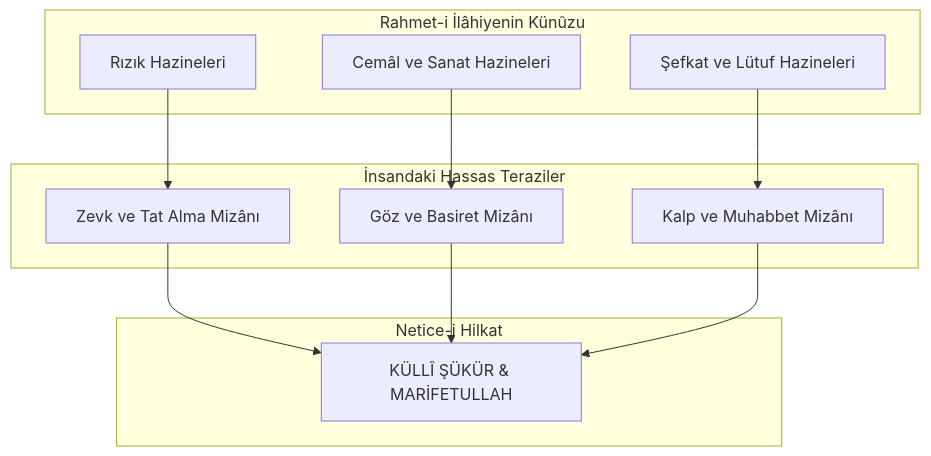
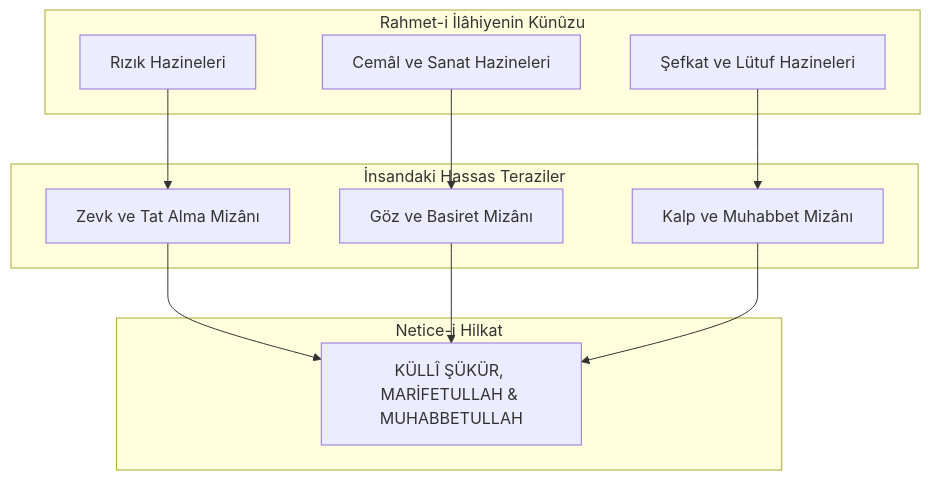
One commit to bahattinyunus/tilsim-i-kainat changed the first of 2 diagrams in docs/taallum-ve-tekamul.md. Above: the diagram before and after it, drawn with Mermaid. The commit also changed other lines of this file and 5 other files, not shown here.

````diff
--- a/docs/taallum-ve-tekamul.md
+++ b/docs/taallum-ve-tekamul.md
@@ -44,23 +72,23 @@
 ```mermaid
 flowchart TD
     subgraph Hazineler["Rahmet-i İlâhiyenin Künûzu"]
         H1["Rızık Hazineleri"]
         H2["Cemâl ve Sanat Hazineleri"]
         H3["Şefkat ve Lütuf Hazineleri"]
     end
     
     subgraph Mizanlar["İnsandaki Hassas Teraziler"]
         M1["Zevk ve Tat Alma Mizânı"]
         M2["Göz ve Basiret Mizânı"]
         M3["Kalp ve Muhabbet Mizânı"]
     end
     
     subgraph Ubudiyet["Netice-i Hilkat"]
-        S["KÜLLÎ ŞÜKÜR & MARİFETULLAH"]
+        S["KÜLLÎ ŞÜKÜR, MARİFETULLAH & MUHABBETULLAH"]
     end
     
     H1 --> M1
     H2 --> M2
     H3 --> M3
     M1 & M2 & M3 --> S
 ```
````
